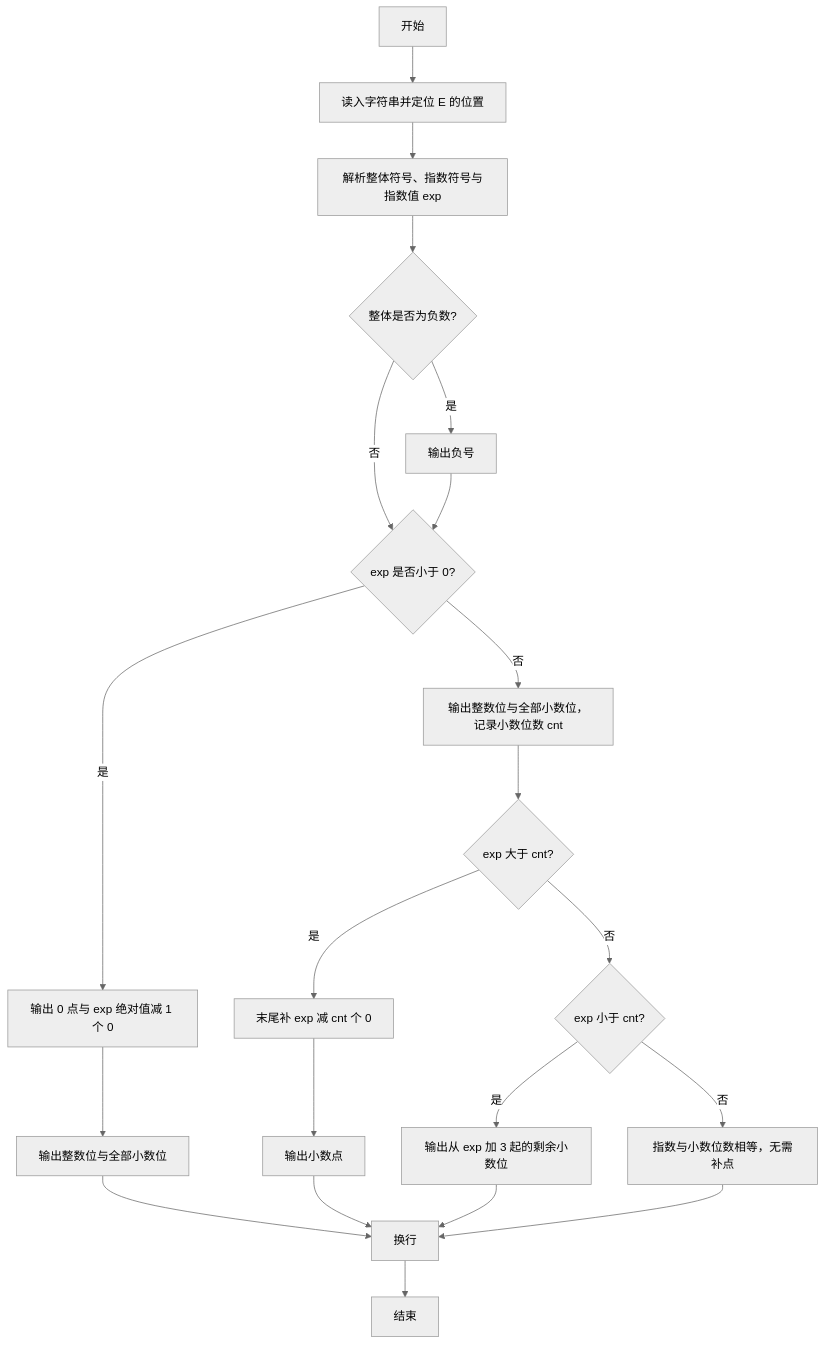
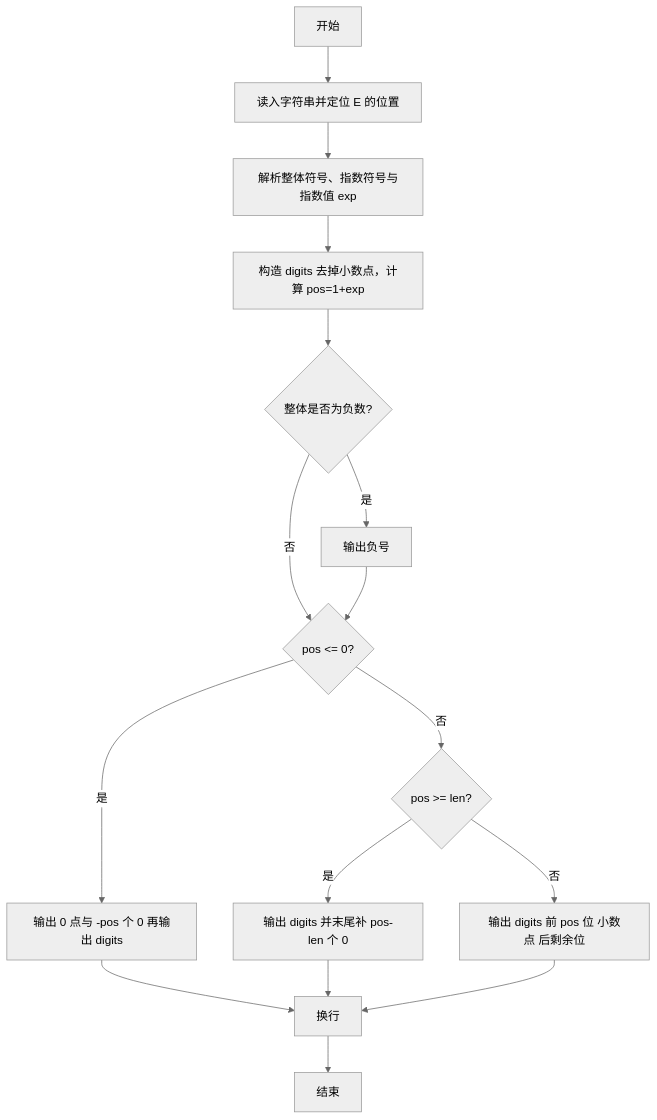
The first of 2 diagrams in PAT_Basic_Level_by_c/1024 科学计数法/题目详解.md (Zonkidd-Shao/pta_basic_level_practice), drawn with Mermaid (neutral theme) before and after one commit. The commit also changed other lines of this file and 1487 other files, not shown here.

````diff
--- a/PAT_Basic_Level_by_c/1024 科学计数法/题目详解.md
+++ b/PAT_Basic_Level_by_c/1024 科学计数法/题目详解.md
@@ -18,23 +24,18 @@
 ```mermaid
 flowchart TD
     A["开始"] --> B["读入字符串并定位 E 的位置"]
     B --> C["解析整体符号、指数符号与指数值 exp"]
-    C --> D{"整体是否为负数?"}
-    D -- "是" --> E["输出负号"]
-    D -- "否" --> F{"exp 是否小于 0?"}
-    E --> F
-    F -- "是" --> G["输出 0 点与 exp 绝对值减 1 个 0"]
-    G --> H["输出整数位与全部小数位"]
-    F -- "否" --> I["输出整数位与全部小数位，记录小数位数 cnt"]
-    I --> J{"exp 大于 cnt?"}
-    J -- "是" --> K["末尾补 exp 减 cnt 个 0"]
-    J -- "否" --> L{"exp 小于 cnt?"}
-    K --> M["输出小数点"]
-    L -- "是" --> N["输出从 exp 加 3 起的剩余小数位"]
-    L -- "否" --> O["指数与小数位数相等，无需补点"]
-    H --> P["换行"]
-    M --> P
-    N --> P
-    O --> P
-    P --> Q["结束"]
+    C --> D["构造 digits 去掉小数点，计算 pos=1+exp"]
+    D --> E{"整体是否为负数?"}
+    E -- "是" --> F["输出负号"]
+    E -- "否" --> G{"pos <= 0?"}
+    F --> G
+    G -- "是" --> H["输出 0 点与 -pos 个 0 再输出 digits"]
+    G -- "否" --> I{"pos >= len?"}
+    I -- "是" --> J["输出 digits 并末尾补 pos-len 个 0"]
+    I -- "否" --> K["输出 digits 前 pos 位 小数点 后剩余位"]
+    H --> L["换行"]
+    J --> L
+    K --> L
+    L --> M["结束"]
 ```
````
